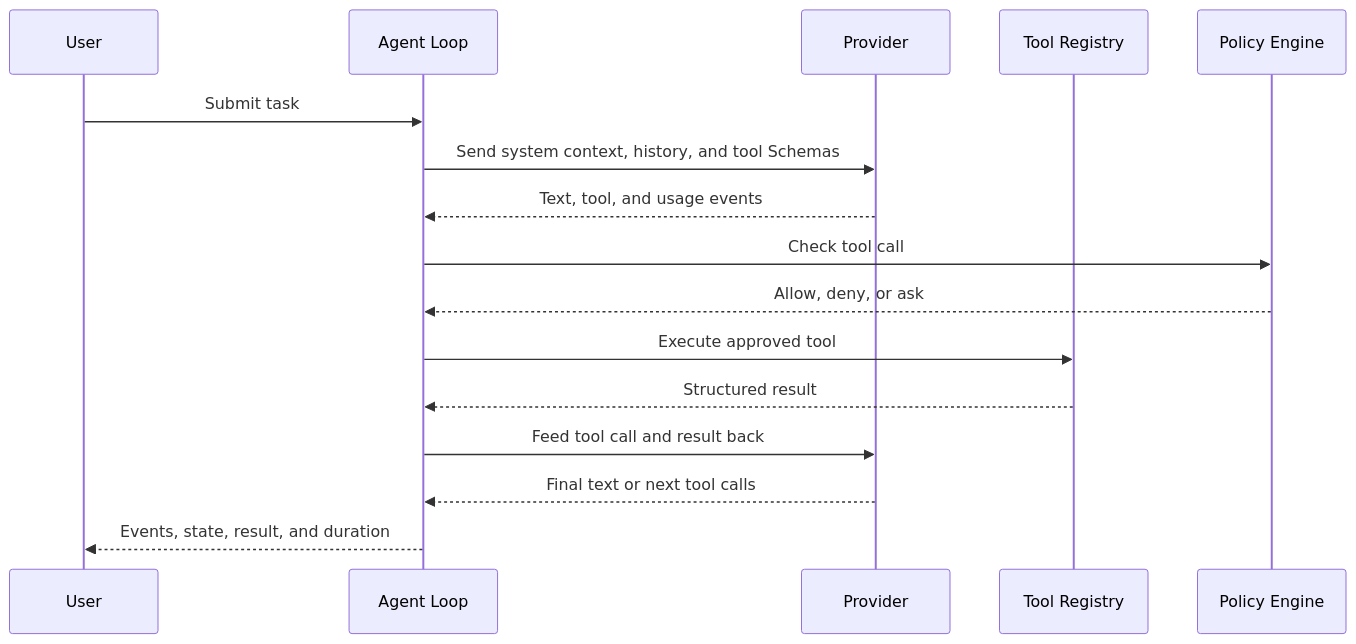
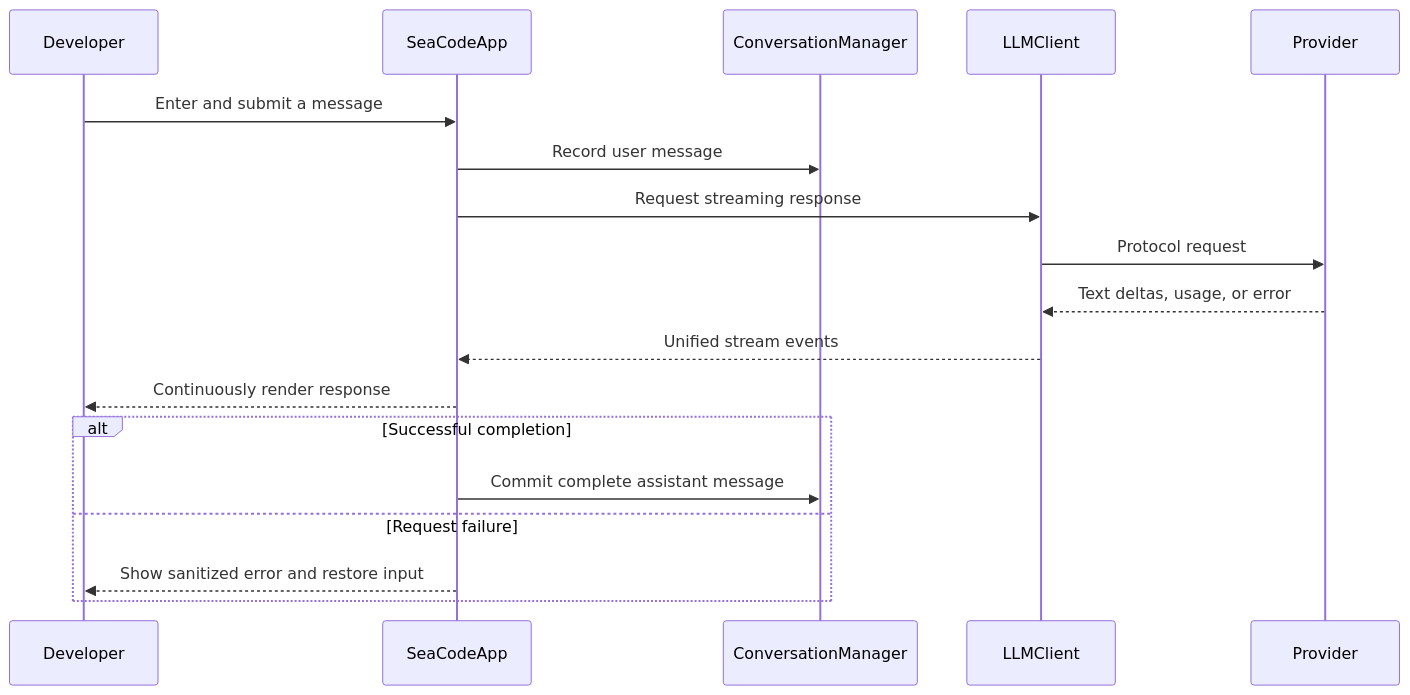
The second of 2 diagrams in docs-en/Design-SeaCode.md (seaFall98/SeaCode), drawn with Mermaid before and after one commit. The commit also changed other lines of this file and 26 other files, not shown here.

````diff
--- a/docs-en/Design-SeaCode.md
+++ b/docs-en/Design-SeaCode.md
@@ -78,19 +94,21 @@
 ```mermaid
 sequenceDiagram
-    participant U as User
-    participant L as Agent Loop
+    participant U as Developer
+    participant A as SeaCodeApp
+    participant C as ConversationManager
+    participant L as LLMClient
     participant P as Provider
-    participant R as Tool Registry
-    participant G as Policy Engine
 
-    U->>L: Submit task
-    L->>P: Send system context, history, and tool Schemas
-    P-->>L: Text, tool, and usage events
-    L->>G: Check tool call
-    G-->>L: Allow, deny, or ask
-    L->>R: Execute approved tool
-    R-->>L: Structured result
-    L->>P: Feed tool call and result back
-    P-->>L: Final text or next tool calls
-    L-->>U: Events, state, result, and duration
+    U->>A: Enter and submit a message
+    A->>C: Record user message
+    A->>L: Request streaming response
+    L->>P: Protocol request
+    P-->>L: Text deltas, usage, or error
+    L-->>A: Unified stream events
+    A-->>U: Continuously render response
+    alt Successful completion
+        A->>C: Commit complete assistant message
+    else Request failure
+        A-->>U: Show sanitized error and restore input
+    end
 ```
````
